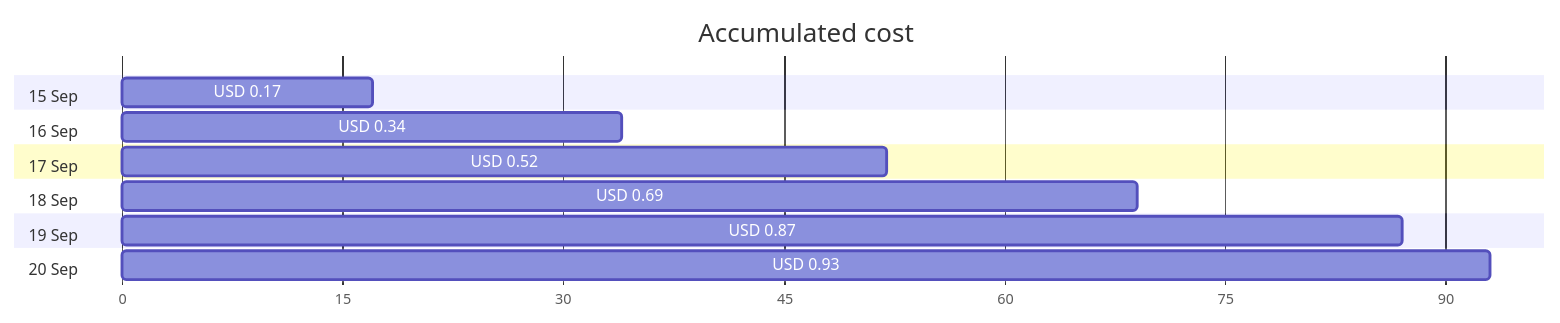
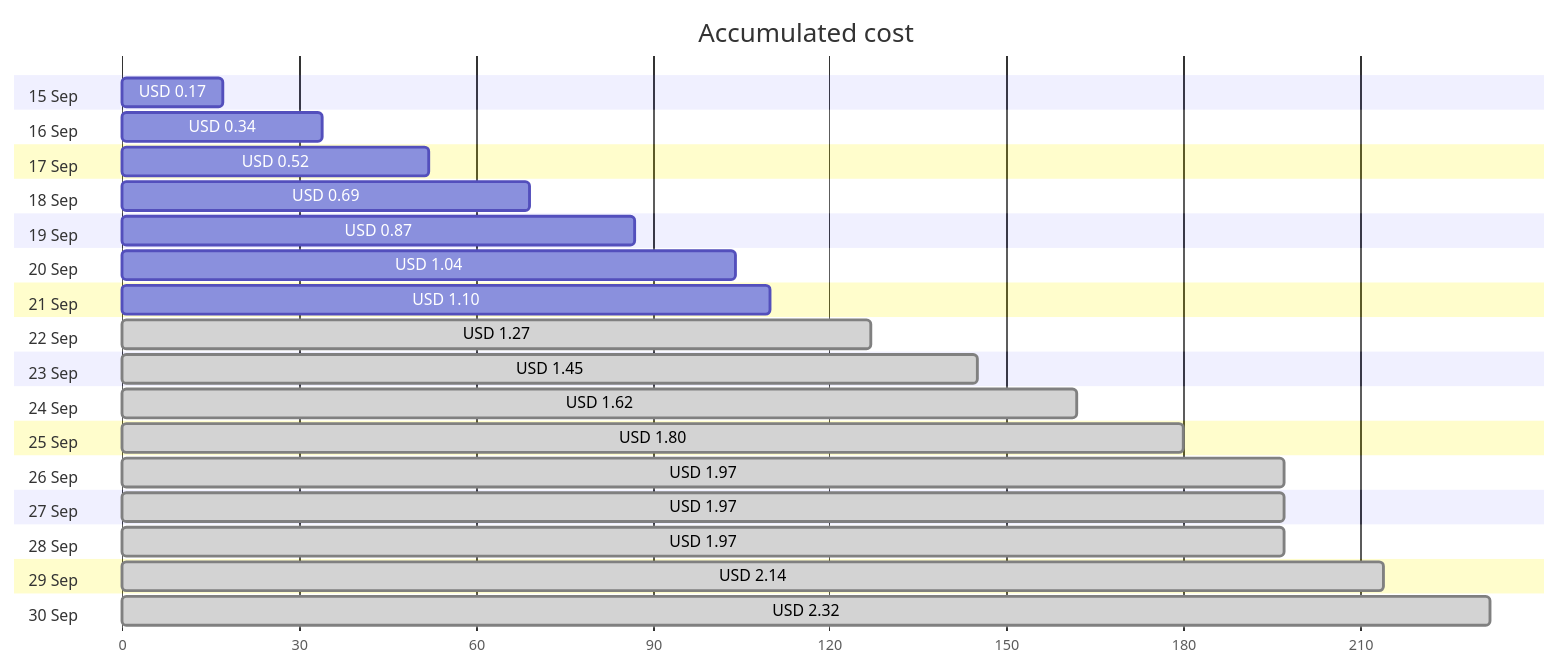
One commit to jpfulton/azure-personal-reports changed the first of 4 diagrams in cost-reports/personal-network/vpn-server.md. Above: the diagram before and after it, drawn with Mermaid. The commit also changed other lines of this file and 9 other files, not shown here.

````diff
--- a/cost-reports/personal-network/vpn-server.md
+++ b/cost-reports/personal-network/vpn-server.md
@@ -20,18 +20,38 @@
 ```mermaid
 gantt
    title Accumulated cost
    dateFormat  X
    axisFormat %s
    section 15 Sep
    USD 0.17 :0, 17
    section 16 Sep
    USD 0.34 :0, 34
    section 17 Sep
    USD 0.52 :0, 52
    section 18 Sep
    USD 0.69 :0, 69
    section 19 Sep
    USD 0.87 :0, 87
    section 20 Sep
-   USD 0.93 :0, 93
+   USD 1.04 :0, 104
+   section 21 Sep
+   USD 1.10 :0, 110
+   section 22 Sep
+   USD 1.27 : done, 0, 127
+   section 23 Sep
+   USD 1.45 : done, 0, 145
+   section 24 Sep
+   USD 1.62 : done, 0, 162
+   section 25 Sep
+   USD 1.80 : done, 0, 180
+   section 26 Sep
+   USD 1.97 : done, 0, 197
+   section 27 Sep
+   USD 1.97 : done, 0, 197
+   section 28 Sep
+   USD 1.97 : done, 0, 197
+   section 29 Sep
+   USD 2.14 : done, 0, 214
+   section 30 Sep
+   USD 2.32 : done, 0, 232
 ```
````
